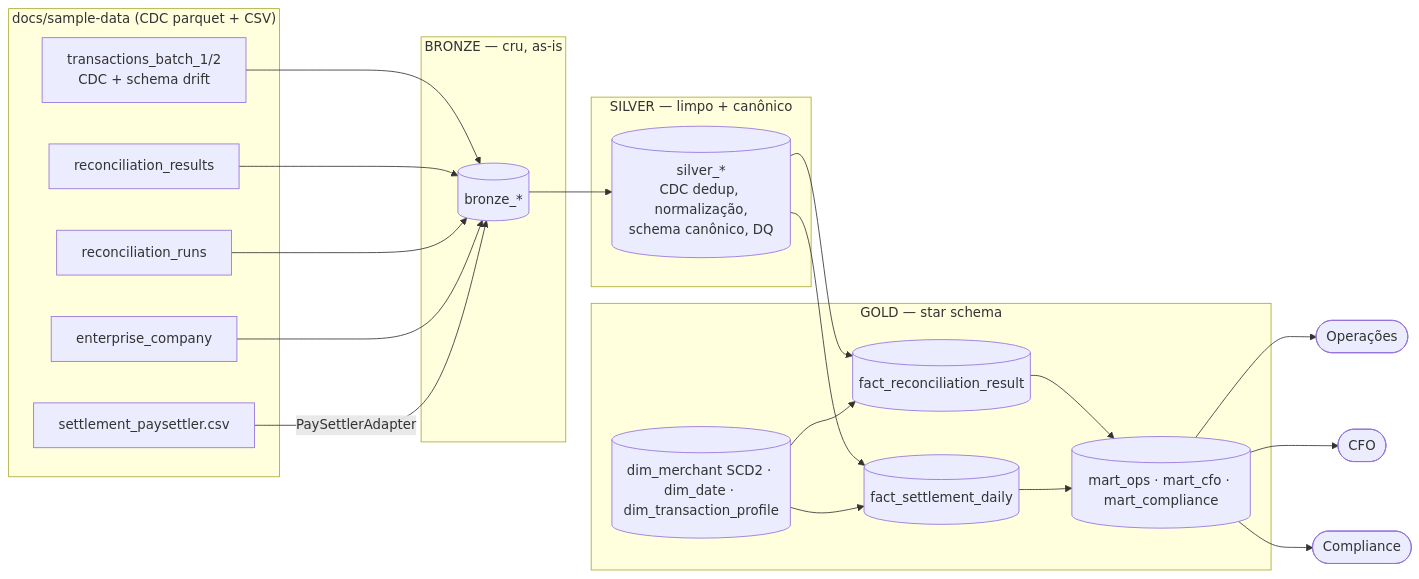
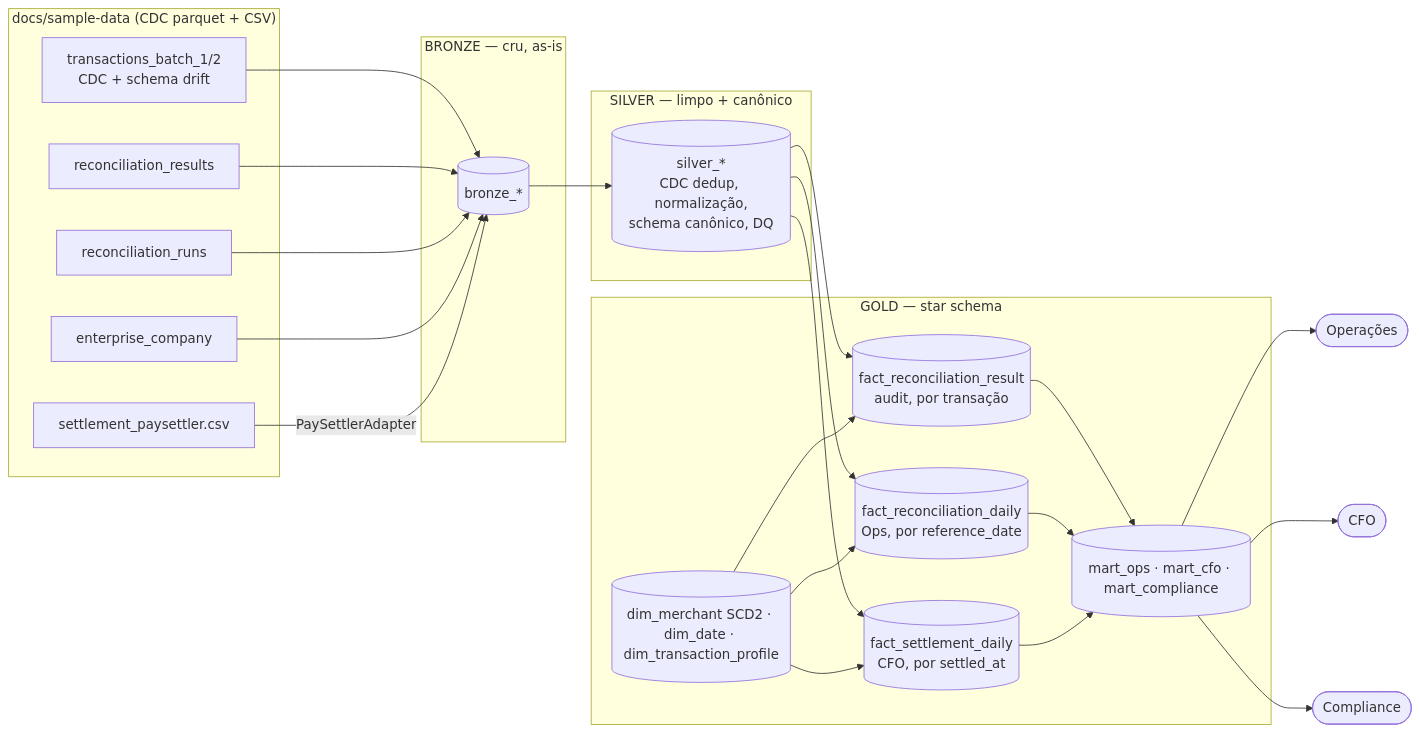
The first of 2 diagrams in SOLUTION.md (marvincomvc/data-engineer-challenge), drawn with Mermaid before and after one commit. The commit also changed other lines of this file, not shown here.

Commit message:
docs: refresh SOLUTION (3-fact diagram, 44 tests, D1-D12)

````diff
--- a/SOLUTION.md
+++ b/SOLUTION.md
@@ -65,28 +65,29 @@
 ```mermaid
 flowchart LR
     subgraph Fontes["docs/sample-data (CDC parquet + CSV)"]
         T[transactions_batch_1/2<br/>CDC + schema drift]
         R[reconciliation_results]
         RU[reconciliation_runs]
         M[enterprise_company]
         CSV[settlement_paysettler.csv]
     end
     subgraph Bronze["BRONZE — cru, as-is"]
         B[(bronze_*)]
     end
     subgraph Silver["SILVER — limpo + canônico"]
         S[(silver_*<br/>CDC dedup, normalização,<br/>schema canônico, DQ)]
     end
     subgraph Gold["GOLD — star schema"]
-        F1[(fact_reconciliation_result)]
-        F2[(fact_settlement_daily)]
+        F1[(fact_reconciliation_result<br/>audit, por transação)]
+        F2[(fact_reconciliation_daily<br/>Ops, por reference_date)]
+        F3[(fact_settlement_daily<br/>CFO, por settled_at)]
         D[(dim_merchant SCD2 · dim_date · dim_transaction_profile)]
         MA[(mart_ops · mart_cfo · mart_compliance)]
     end
     T & R & RU & M --> B
     CSV -->|PaySettlerAdapter| B
-    B --> S --> F1 & F2
-    D --> F1 & F2
-    F1 & F2 --> MA
+    B --> S --> F1 & F2 & F3
+    D --> F1 & F2 & F3
+    F1 & F2 & F3 --> MA
     MA --> Ops([Operações]) & CFO([CFO]) & Comp([Compliance])
 ```
````
